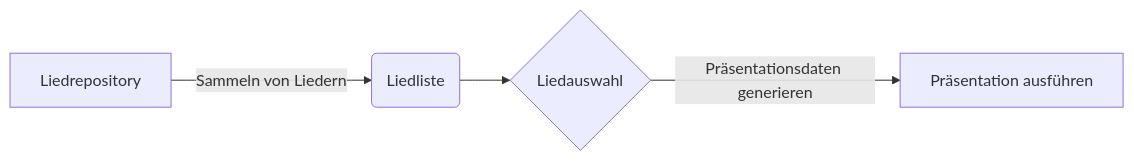
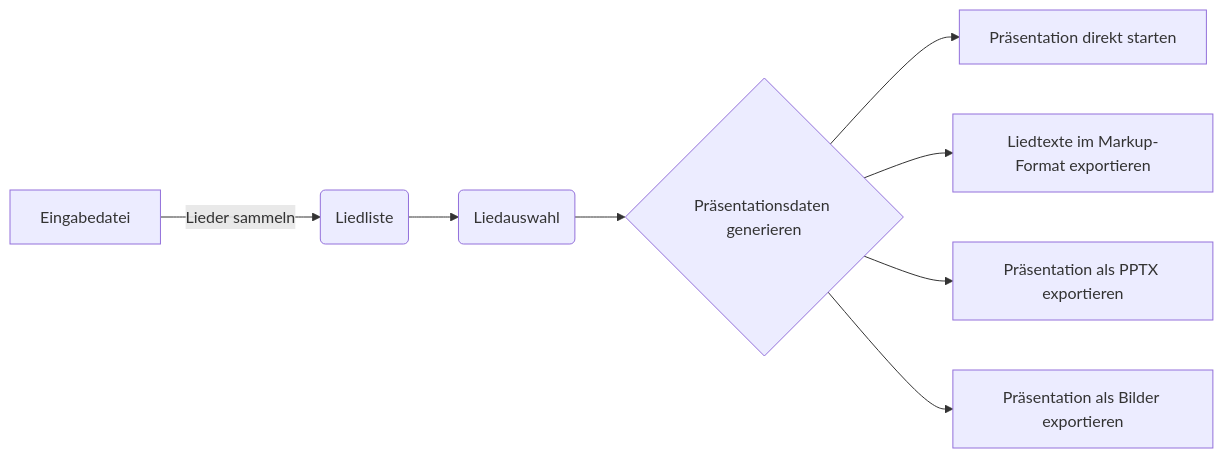
The diagram in content/tutorial/How Cantara Works.de.md (reckel-jm/cantara-webpage), drawn with Mermaid before and after one commit. The commit also changed other lines of this file and 41 other files, not shown here.

```diff
--- a/content/tutorial/How Cantara Works.de.md
+++ b/content/tutorial/How Cantara Works.de.md
@@ -19,6 +19,10 @@
 {{<mermaid align="left">}}
 graph LR;
-    A[Liedrepository] -->|Sammeln von Liedern| B(Liedliste)
-    B --> C{Liedauswahl}
-    C -->|Präsentationsdaten generieren| D[Präsentation ausführen]
+    A[Eingabedatei] -->|Lieder sammeln| B(Liedliste)
+    B --> C(Liedauswahl)
+    C --> D{Präsentationsdaten generieren}
+    D --> E[Präsentation direkt starten]
+    D --> F[Liedtexte im Markup-Format exportieren]
+    D --> G[Präsentation als PPTX exportieren]
+    D --> H[Präsentation als Bilder exportieren]
 {{< /mermaid >}}
```
